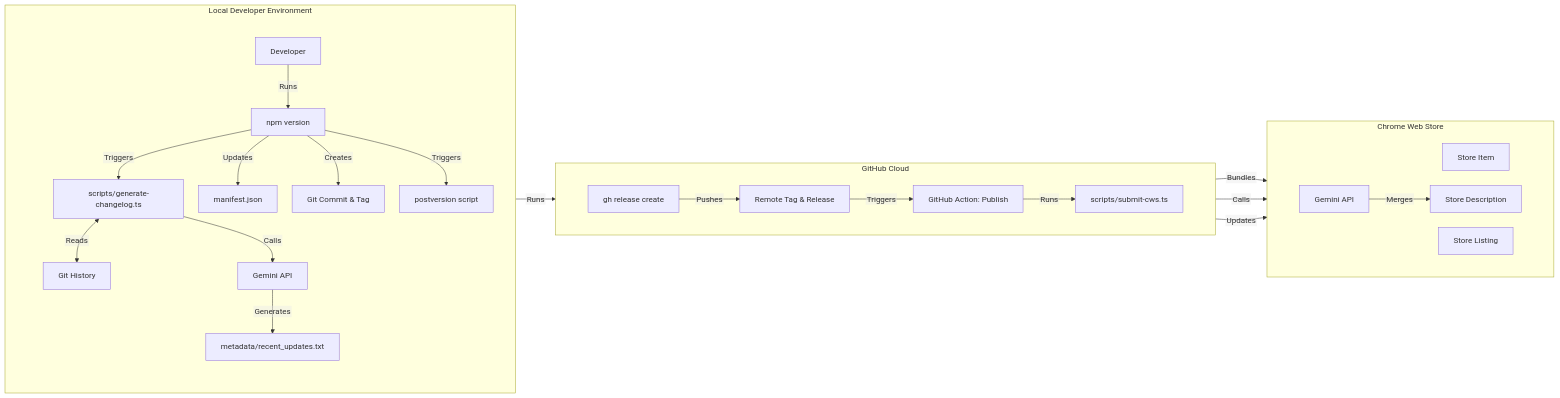
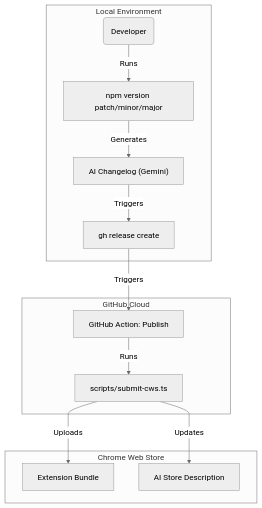
The diagram in docs/releasing.md (jordanblakey/url-redirector), drawn with Mermaid before and after one commit.

Commit message:
Refactor architecture diagram in releasing.md
Updated the architecture diagram to improve clarity and added quotes around labels for better formatting.

````diff
--- a/docs/releasing.md
+++ b/docs/releasing.md
@@ -50,54 +50,22 @@
 ```mermaid
-%%{init: {"flowchart": {"htmlLabels": false, "nodeSpacing": 30, "rankSpacing": 40}} }%%
-graph LR
-    %% 1. LOCAL: We force this specific box to be Vertical (TB)
-    subgraph Local[Local Developer Environment]
-        direction TB
-
-        %% Invisible padding for title
-        subgraph PadLocal[" "]
-            style PadLocal fill:none,stroke:none
-
-            Dev[Developer] -->|Runs| NPM[npm version]
-
-            %% Because this is TB, these will branch out sideways, creating a compact 'tree'
-            NPM -->|Triggers| Changelog[scripts/generate-changelog.ts]
-            NPM -->|Updates| Manifest[manifest.json]
-            NPM -->|Creates| CommitTag[Git Commit & Tag]
-            NPM -->|Triggers| PostVersion[postversion script]
-
-            %% This sub-flow will hang below the changelog script
-            Changelog <-->|Reads| Git[Git History]
-            Changelog -->|Calls| Gemini1[Gemini API]
-            Gemini1 -->|Generates| Notes[metadata/recent_updates.txt]
-        end
+%%{init: {'theme': 'neutral', 'flowchart': {'curve': 'monotoneY'}} }%%
+graph TD
+    subgraph Local[Local Environment]
+        Dev(Developer) -->|Runs| NPM["npm version patch/minor/major"]
+        
+        %% FIX: Added quotes around the label to support parentheses
+        NPM -->|Generates| Changelog["AI Changelog (Gemini)"]
+        
+        Changelog -->|Triggers| Release[gh release create]
     end
 
-    %% 2. GITHUB: Flows Left-to-Right
     subgraph GitHub[GitHub Cloud]
-        direction LR
-        subgraph PadGH[" "]
-            style PadGH fill:none,stroke:none
-
-            GHRelease -->|Pushes| RemoteTag[Remote Tag & Release]
-            RemoteTag -->|Triggers| Action[GitHub Action: Publish]
-            Action -->|Runs| SubmitScript[scripts/submit-cws.ts]
-        end
+        Release -->|Triggers| Action[GitHub Action: Publish]
+        Action -->|Runs| Submit[scripts/submit-cws.ts]
     end
 
-    %% 3. CWS: Flows Left-to-Right
     subgraph CWS[Chrome Web Store]
-        direction LR
-        subgraph PadCWS[" "]
-            style PadCWS fill:none,stroke:none
-
-            SubmitScript -->|Bundles| Store[Store Item]
-            SubmitScript -->|Calls| Gemini2[Gemini API]
-            Gemini2 -->|Merges| Desc[Store Description]
-            SubmitScript -->|Updates| Listing[Store Listing]
-        end
+        Submit -->|Uploads| Bundle[Extension Bundle]
+        Submit -->|Updates| Desc[AI Store Description]
     end
-
-    %% Connect the two subgraphs
-    PostVersion -->|Runs| GHRelease[gh release create]
 ```
````
